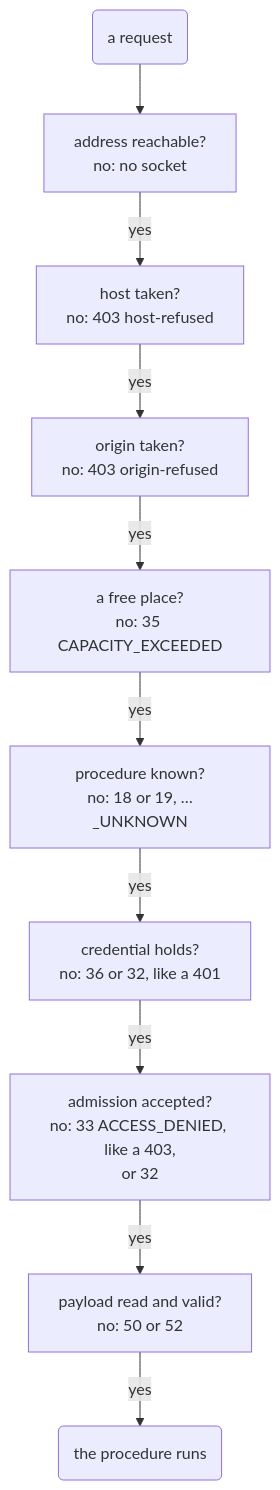
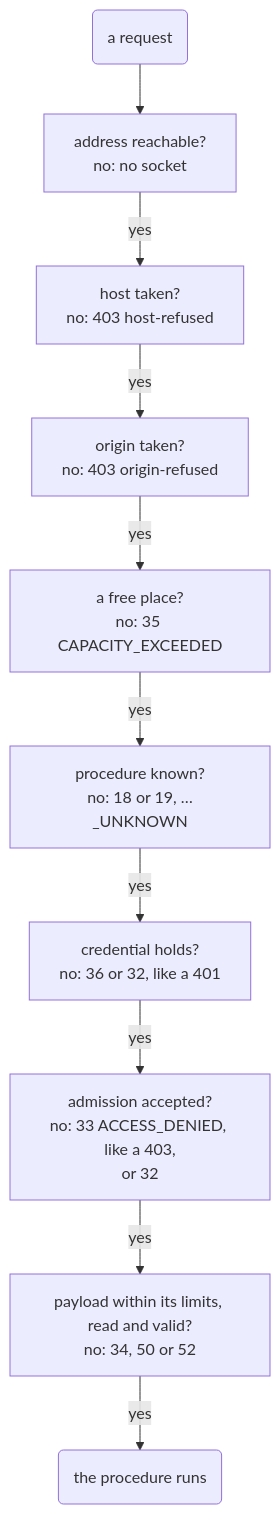
Before and after one commit to francisdesjardins/bead: the diagram in site/diagrams/en/guards.mmd, drawn with Mermaid. The commit also changed 11 other files, not shown here.

```diff
--- a/site/diagrams/en/guards.mmd
+++ b/site/diagrams/en/guards.mmd
@@ -1,12 +1,12 @@
 flowchart TB
   rq("a request")
   sock["address reachable?<br/>no: no socket"]
   host["host taken?<br/>no: 403 host-refused"]
   orig["origin taken?<br/>no: 403 origin-refused"]
   cap["a free place?<br/>no: 35 CAPACITY_EXCEEDED"]
   route["procedure known?<br/>no: 18 or 19, …_UNKNOWN"]
   cred["credential holds?<br/>no: 36 or 32, like a 401"]
   adm["admission accepted?<br/>no: 33 ACCESS_DENIED, like a 403,<br/>or 32"]
-  pay["payload read and valid?<br/>no: 50 or 52"]
+  pay["payload within its limits, read and valid?<br/>no: 34, 50 or 52"]
   proc("the procedure runs")
   rq --> sock -- yes --> host -- yes --> orig -- yes --> cap -- yes --> route -- yes --> cred -- yes --> adm -- yes --> pay -- yes --> proc
```
